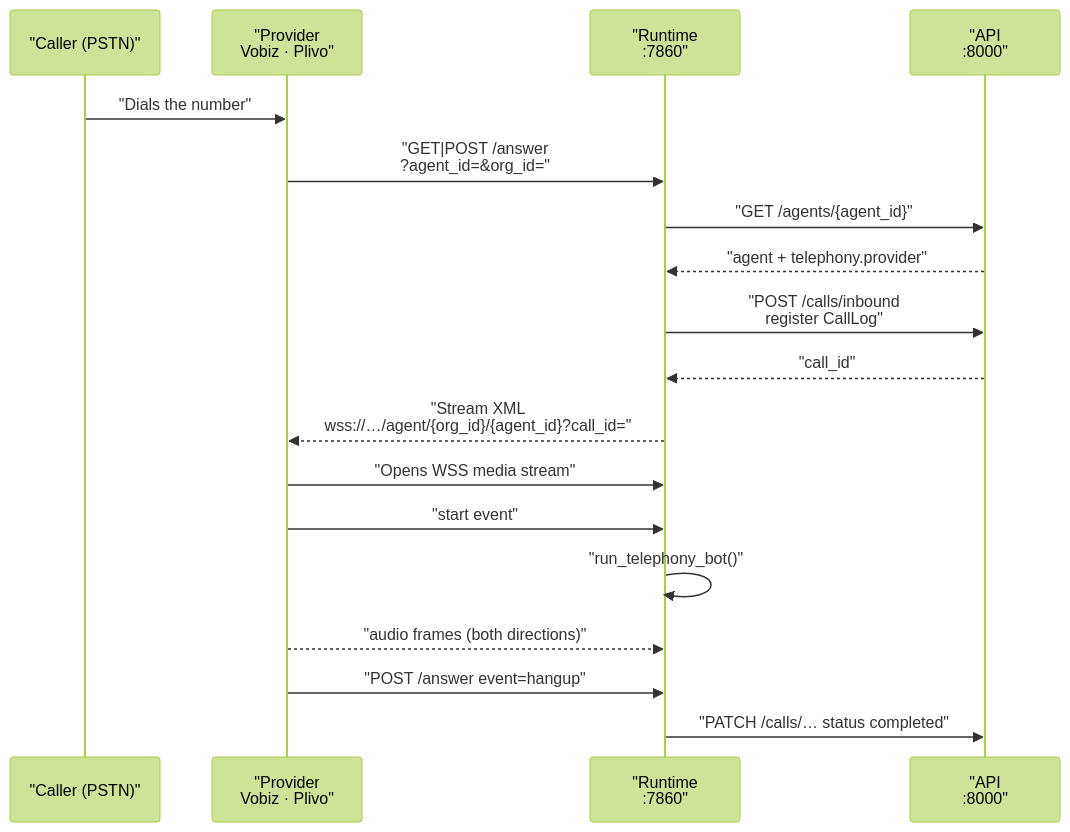
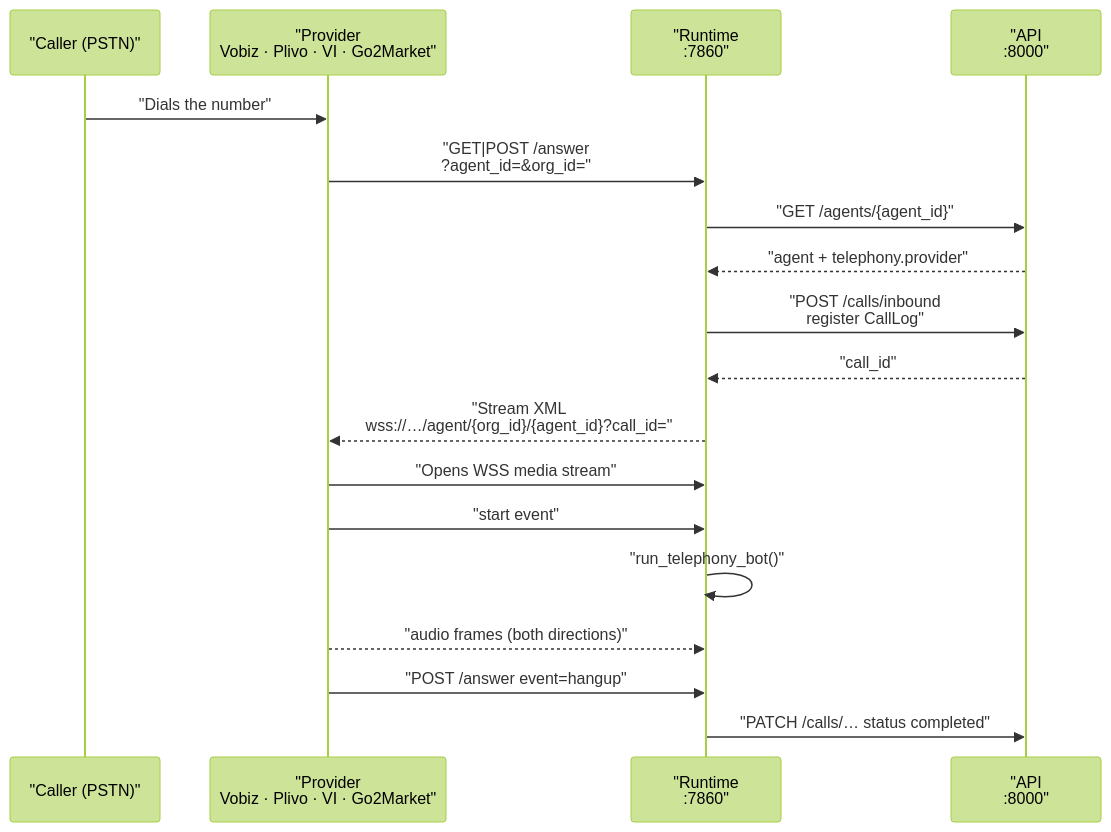
One commit to COSS-India/VoicEra changed the first of 2 diagrams in docs/guides/concepts/telephony-model.md. Above: the diagram before and after it, drawn with Mermaid (forest theme). The commit also changed other lines of this file and 20 other files, not shown here.

````diff
--- a/docs/guides/concepts/telephony-model.md
+++ b/docs/guides/concepts/telephony-model.md
@@ -16,21 +18,21 @@
 ```mermaid
 sequenceDiagram
   participant C as "Caller (PSTN)"
-  participant P as "Provider<br/>Vobiz · Plivo"
+  participant P as "Provider<br/>Vobiz · Plivo · VI · Go2Market"
   participant RT as "Runtime<br/>:7860"
   participant API as "API<br/>:8000"
 
   C->>P: "Dials the number"
   P->>RT: "GET|POST /answer<br/>?agent_id=&org_id="
   RT->>API: "GET /agents/{agent_id}"
   API-->>RT: "agent + telephony.provider"
   RT->>API: "POST /calls/inbound<br/>register CallLog"
   API-->>RT: "call_id"
   RT-->>P: "Stream XML<br/>wss://…/agent/{org_id}/{agent_id}?call_id="
   P->>RT: "Opens WSS media stream"
   P->>RT: "start event"
   RT->>RT: "run_telephony_bot()"
   P-->>RT: "audio frames (both directions)"
   P->>RT: "POST /answer  event=hangup"
   RT->>API: "PATCH /calls/… status completed"
 ```
````
